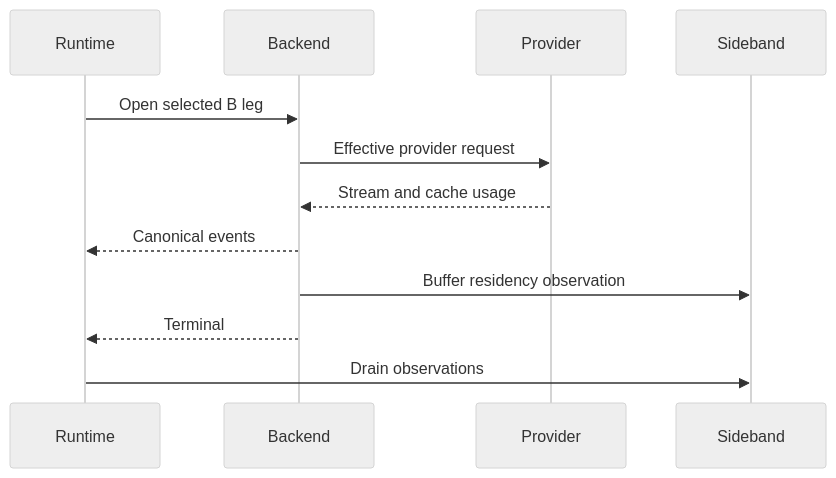
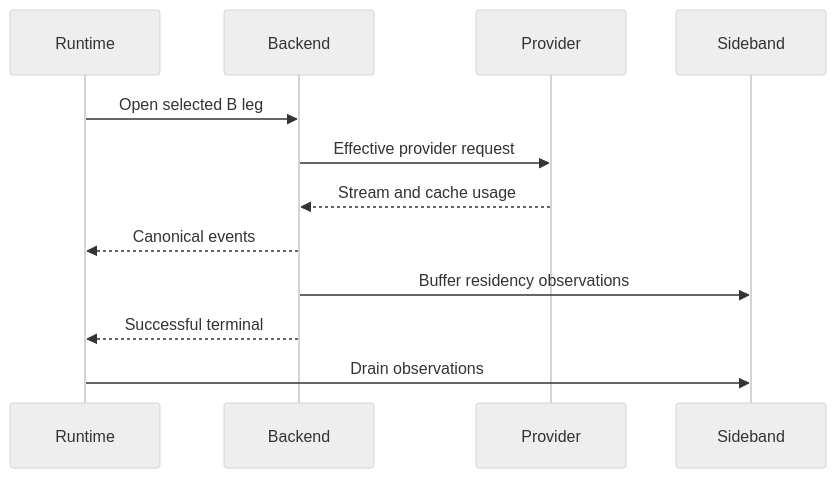
Before and after one commit to matdev83/go-llm-interactive-proxy: the second of 3 diagrams in .kiro/specs/prompt-cache-residency-contract/design.md, drawn with Mermaid (neutral theme). The commit also changed other lines of this file, not shown here.

Commit message:
spec: harden residency design after brownfield validation

````diff
--- a/.kiro/specs/prompt-cache-residency-contract/design.md
+++ b/.kiro/specs/prompt-cache-residency-contract/design.md
@@ -197,15 +201,15 @@
 ```mermaid
 sequenceDiagram
     participant R as Runtime
     participant B as Backend
     participant P as Provider
     participant S as Sideband
 
     R->>B: Open selected B leg
     B->>P: Effective provider request
     P-->>B: Stream and cache usage
     B-->>R: Canonical events
-    B->>S: Buffer residency observation
-    B-->>R: Terminal
+    B->>S: Buffer residency observations
+    B-->>R: Successful terminal
     R->>S: Drain observations
 ```
````
